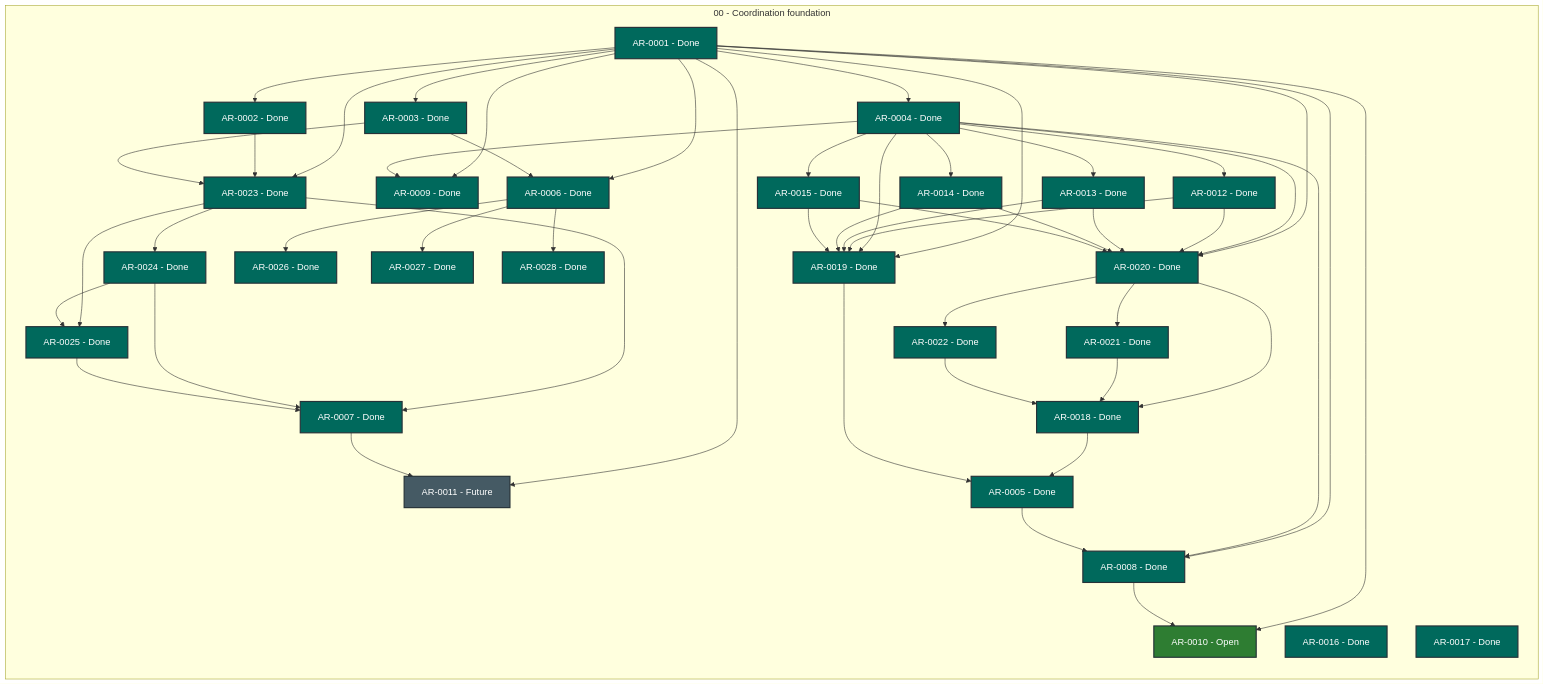
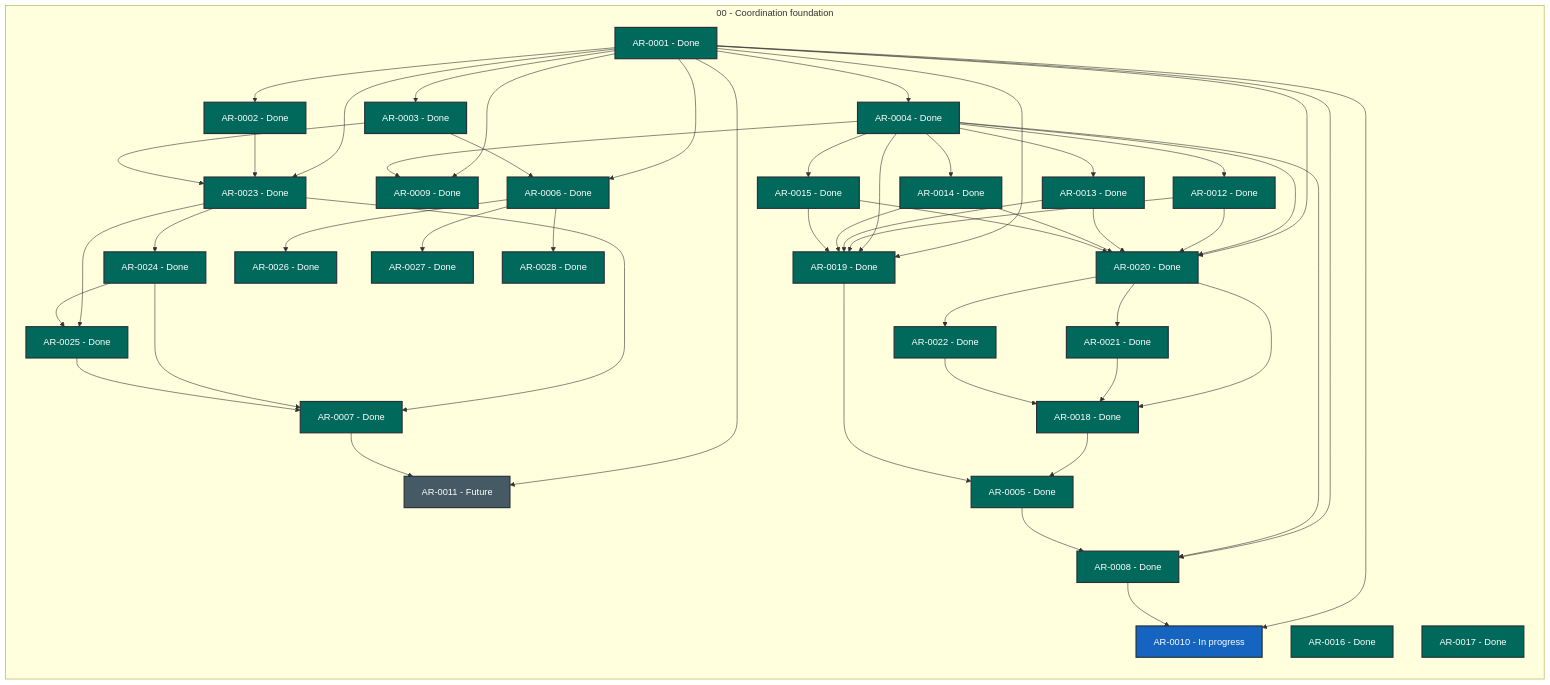
Before and after one commit to martin-beck/agent-workflow-quality-state: the diagram in STATUS.md, drawn with Mermaid. The commit also changed other lines of this file and 2 other files, not shown here.

```diff
--- a/STATUS.md
+++ b/STATUS.md
@@ -37,7 +37,7 @@
         AR_0007["AR-0007 - Done"]:::status_done
         AR_0008["AR-0008 - Done"]:::status_done
         AR_0009["AR-0009 - Done"]:::status_done
-        AR_0010["AR-0010 - Open"]:::status_open
+        AR_0010["AR-0010 - In progress"]:::status_in_progress
         AR_0011["AR-0011 - Future"]:::status_future
         AR_0012["AR-0012 - Done"]:::status_done
         AR_0013["AR-0013 - Done"]:::status_done
```
